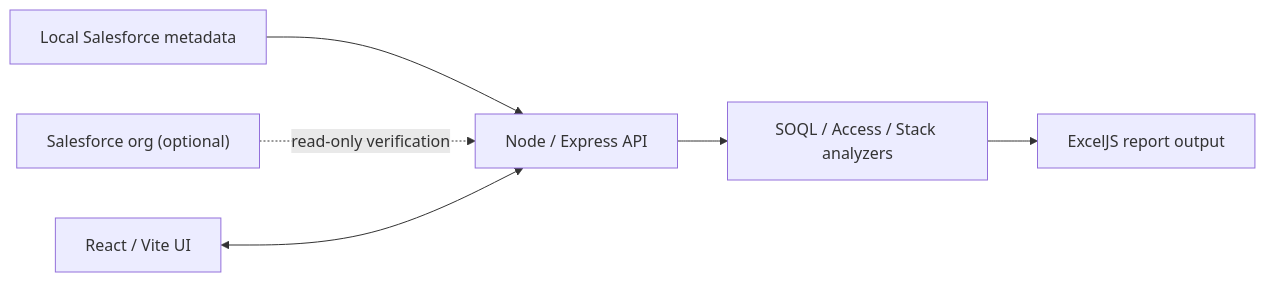
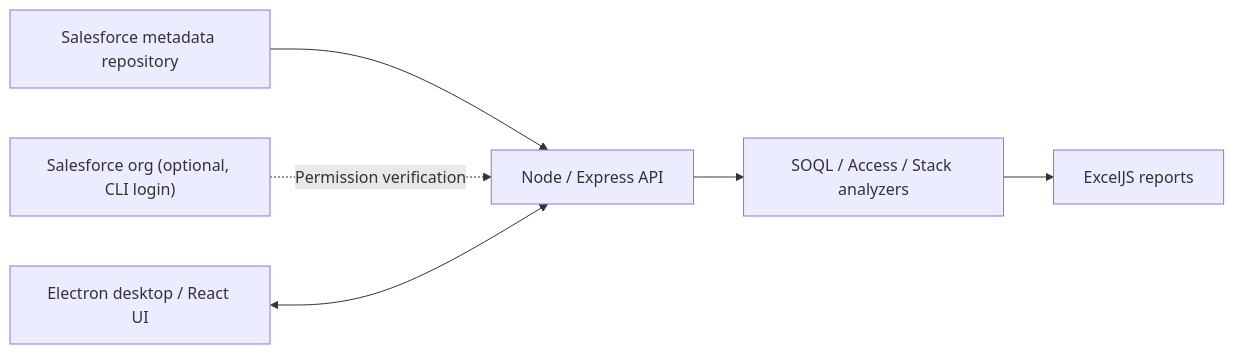
Before and after one commit to Shubhamu68/SalesforceRepositoryAnalyzer: the diagram in README.md, drawn with Mermaid. The commit also changed other lines of this file, not shown here.

Commit message:
docs: make Electron desktop ZIP the primary v0.1.0 quick start

````diff
--- a/README.md
+++ b/README.md
@@ -60,8 +48,8 @@
 ```mermaid
 flowchart LR
-    R["Local Salesforce metadata"] --> API["Node / Express API"]
-    O["Salesforce org (optional)"] -. "read-only verification" .-> API
-    UI["React / Vite UI"] <--> API
-    API --> A["SOQL / Access / Stack analyzers"]
-    A --> E["ExcelJS report output"]
+    SF["Salesforce metadata repository"] --> API["Node / Express API"]
+    ORG["Salesforce org (optional, CLI login)"] -. "Permission verification" .-> API
+    UI["Electron desktop / React UI"] <--> API
+    API --> ENGINE["SOQL / Access / Stack analyzers"]
+    ENGINE --> XLSX["ExcelJS reports"]
 ```
````
